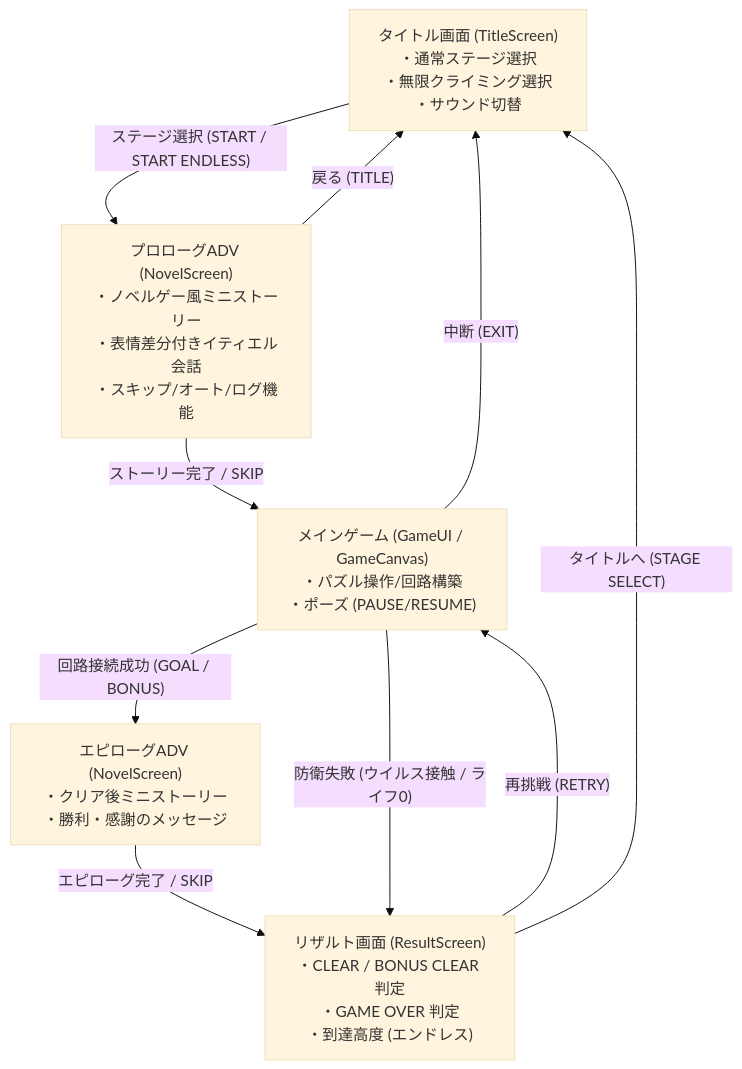
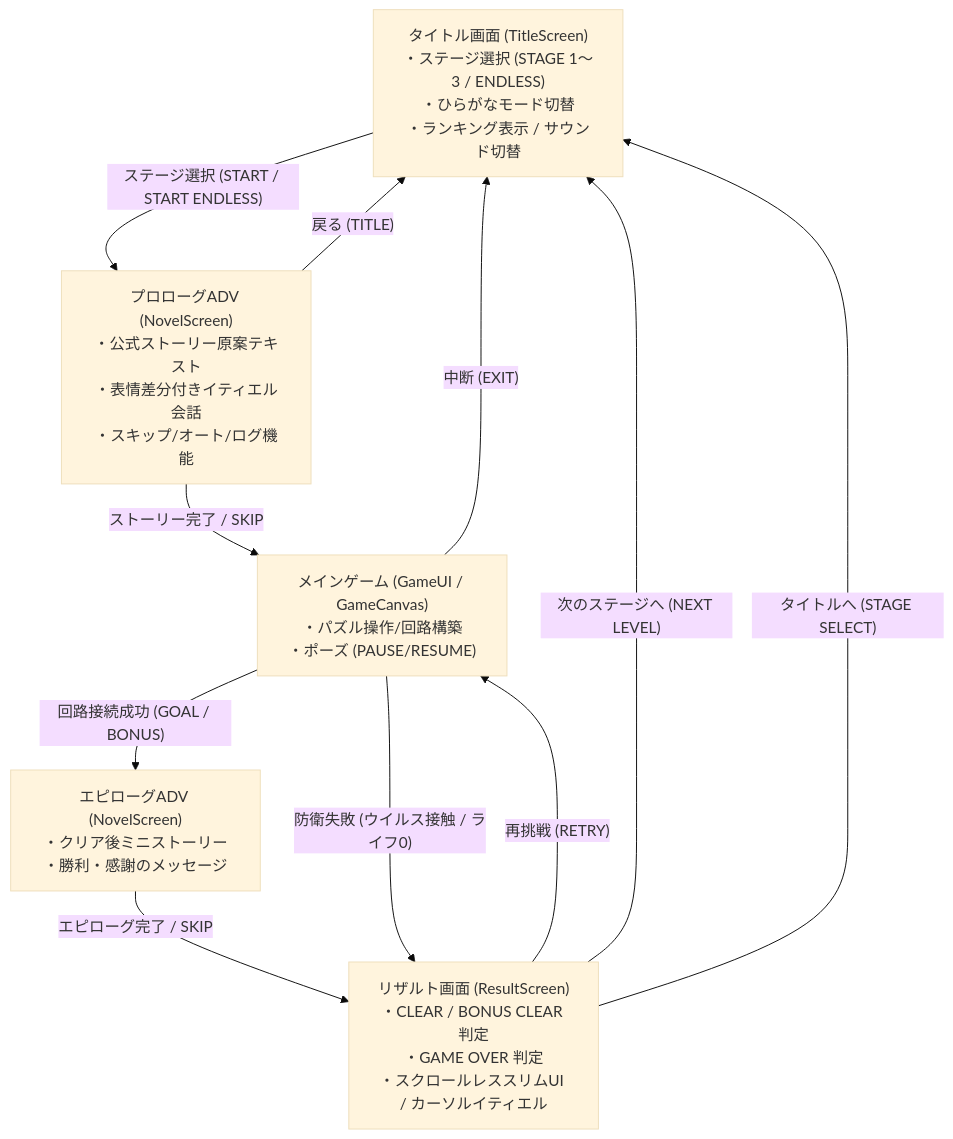
Before and after one commit to ithiel-committee/tethiel: the diagram in readme.md, drawn with Mermaid (base theme). The commit also changed other lines of this file, not shown here.

````diff
--- a/readme.md
+++ b/readme.md
@@ -50,18 +63,19 @@
 ```mermaid
 flowchart TD
-    Title["タイトル画面 (TitleScreen)<br/>・通常ステージ選択<br/>・無限クライミング選択<br/>・サウンド切替"]
-    Prologue["プロローグADV (NovelScreen)<br/>・ノベルゲー風ミニストーリー<br/>・表情差分付きイティエル会話<br/>・スキップ/オート/ログ機能"]
+    Title["タイトル画面 (TitleScreen)<br/>・ステージ選択 (STAGE 1〜3 / ENDLESS)<br/>・ひらがなモード切替<br/>・ランキング表示 / サウンド切替"]
+    Prologue["プロローグADV (NovelScreen)<br/>・公式ストーリー原案テキスト<br/>・表情差分付きイティエル会話<br/>・スキップ/オート/ログ機能"]
     Game["メインゲーム (GameUI / GameCanvas)<br/>・パズル操作/回路構築<br/>・ポーズ (PAUSE/RESUME)"]
     Epilogue["エピローグADV (NovelScreen)<br/>・クリア後ミニストーリー<br/>・勝利・感謝のメッセージ"]
-    Result["リザルト画面 (ResultScreen)<br/>・CLEAR / BONUS CLEAR 判定<br/>・GAME OVER 判定<br/>・到達高度 (エンドレス)"]
+    Result["リザルト画面 (ResultScreen)<br/>・CLEAR / BONUS CLEAR 判定<br/>・GAME OVER 判定<br/>・スクロールレススリムUI / カーソルイティエル"]
 
     Title -->|"ステージ選択 (START / START ENDLESS)"| Prologue
     Prologue -->|"ストーリー完了 / SKIP"| Game
     Prologue -->|"戻る (TITLE)"| Title
     Game -->|"回路接続成功 (GOAL / BONUS)"| Epilogue
     Epilogue -->|"エピローグ完了 / SKIP"| Result
     Game -->|"防衛失敗 (ウイルス接触 / ライフ0)"| Result
     Game -->|"中断 (EXIT)"| Title
     Result -->|"再挑戦 (RETRY)"| Game
+    Result -->|"次のステージへ (NEXT LEVEL)"| Title
     Result -->|"タイトルへ (STAGE SELECT)"| Title
 ```
````
